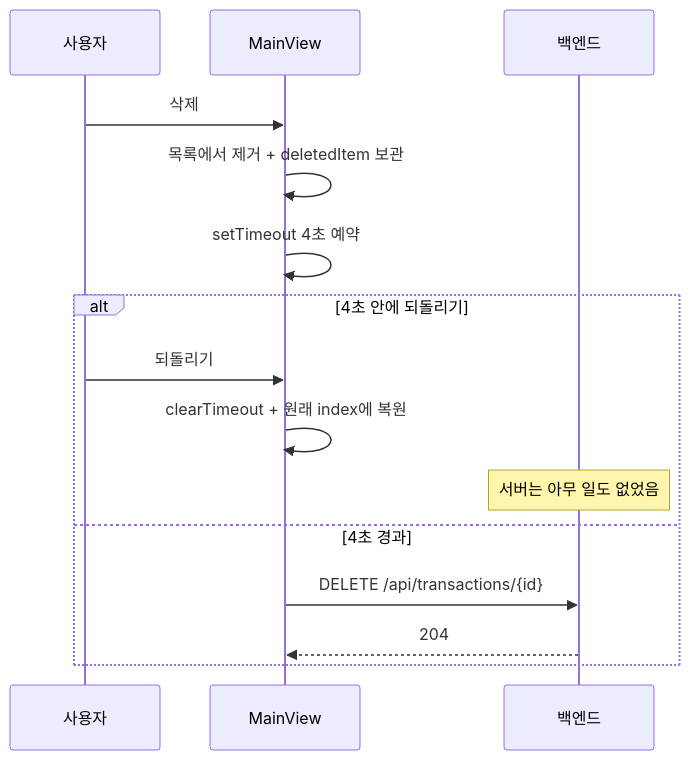
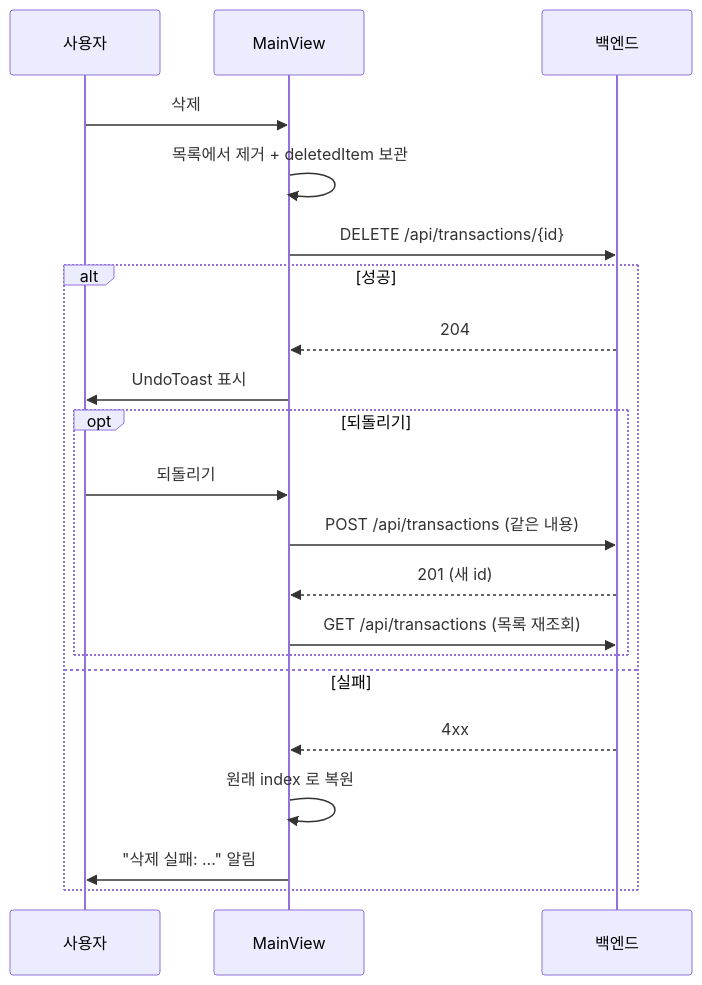
Before and after one commit to s2ngK/claude-asset-man: the diagram in docs/flow-delete-undo.md, drawn with Mermaid. The commit also changed other lines of this file and 2 other files, not shown here.

First line of the commit message:
fix: delete transactions immediately and undo by recreating

````diff
--- a/docs/flow-delete-undo.md
+++ b/docs/flow-delete-undo.md
@@ -17,18 +15,24 @@
 ```mermaid
 sequenceDiagram
     participant U as 사용자
     participant V as MainView
     participant S as 백엔드
 
     U->>V: 삭제
     V->>V: 목록에서 제거 + deletedItem 보관
-    V->>V: setTimeout 4초 예약
-    alt 4초 안에 되돌리기
-        U->>V: 되돌리기
-        V->>V: clearTimeout + 원래 index에 복원
-        Note over S: 서버는 아무 일도 없었음
-    else 4초 경과
-        V->>S: DELETE /api/transactions/{id}
+    V->>S: DELETE /api/transactions/{id}
+    alt 성공
         S-->>V: 204
+        V->>U: UndoToast 표시
+        opt 되돌리기
+            U->>V: 되돌리기
+            V->>S: POST /api/transactions (같은 내용)
+            S-->>V: 201 (새 id)
+            V->>S: GET /api/transactions (목록 재조회)
+        end
+    else 실패
+        S-->>V: 4xx
+        V->>V: 원래 index 로 복원
+        V->>U: "삭제 실패: ..." 알림
     end
 ```
````
